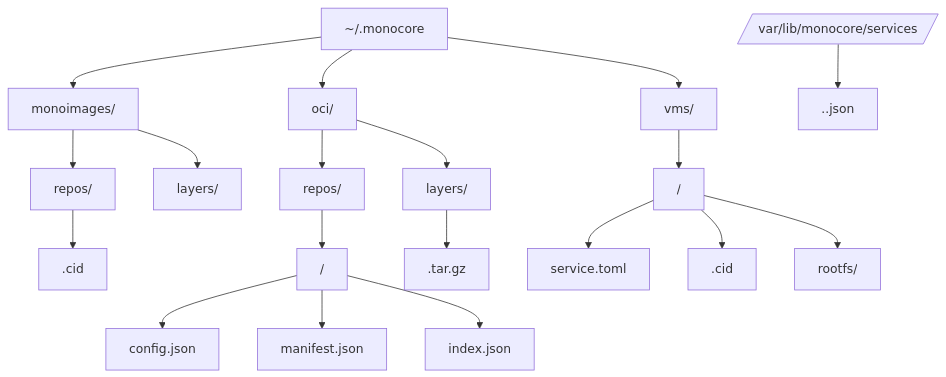
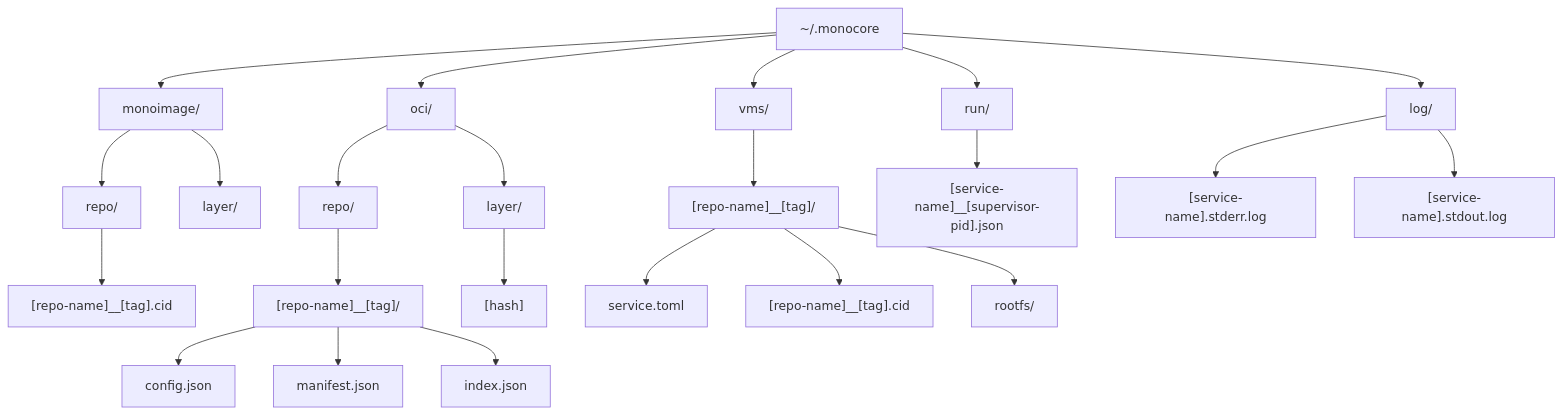
One commit to zerocore-ai/monocore changed the diagram in monocore/README.md. Above: the diagram before and after it, drawn with Mermaid. The commit also changed other lines of this file and 8 other files, not shown here.

````diff
--- a/monocore/README.md
+++ b/monocore/README.md
@@ -1,24 +6,29 @@
 ```mermaid
 graph TD
-    A[~/.monocore] --> B[monoimages/]
-    B --> C[repos/]
-    C --> D[<repo-name:tag>.cid]
-    B --> E[layers/]
+    A[~/.monocore] --> B[monoimage/]
+    B --> C[repo/]
+    C --> D["[repo-name]__[tag].cid"]
+    B --> E[layer/]
 
     A --> F[oci/]
-    F --> G[repos/]
-    G --> H[<repo-name:tag>/]
+    F --> G[repo/]
+    G --> H["[repo-name]__[tag]/"]
     H --> I[config.json]
     H --> J[manifest.json]
     H --> K[index.json]
-    F --> L[layers/]
-    L --> M[<hash>.tar.gz]
+    F --> L[layer/]
+    L --> M["[hash]"]
 
     A --> N[vms/]
-    N --> O[<repo-name:tag>/]
+    N --> O["[repo-name]__[tag]/"]
     O --> P[service.toml]
-    O --> Q[<repo-name:tag>.cid]
+    O --> Q["[repo-name]__[tag].cid"]
     O --> R[rootfs/]
 
-    S[/var/lib/monocore/services/] --> T[<pid>.<service-name>.json]
+    A --> S[run/]
+    S --> T["[service-name]__[supervisor-pid].json"]
+
+    A --> U[log/]
+    U --> V["[service-name].stderr.log"]
+    U --> W["[service-name].stdout.log"]
 ```
````
